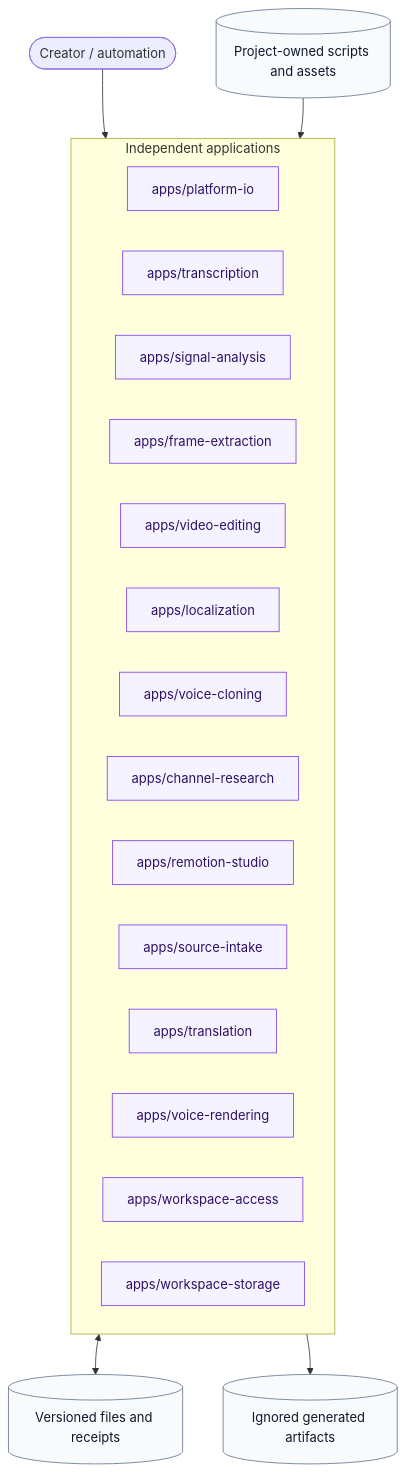
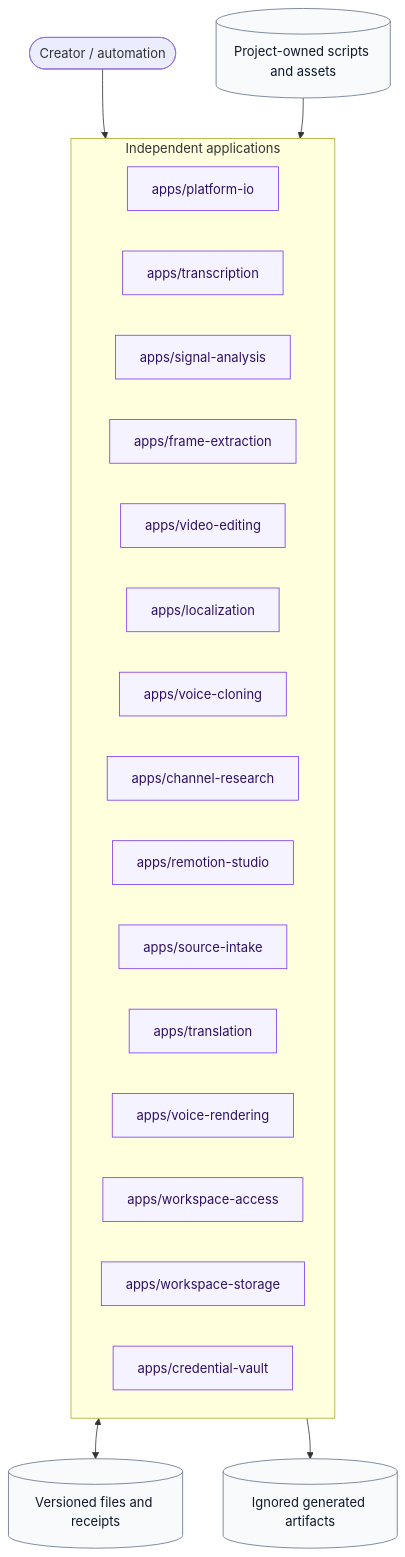
One commit to wohuishuo/cc-video-pipeline changed the second of 2 diagrams in README.md. Above: the diagram before and after it, drawn with Mermaid. The commit also changed other lines of this file and 31 other files, not shown here.

Commit message:
feat: add local credential vault MVP

````diff
--- a/README.md
+++ b/README.md
@@ -76,33 +78,34 @@
 ```mermaid
 flowchart TB
     user([Creator / automation])
     subgraph apps[Independent applications]
       A[apps/platform-io]
       B[apps/transcription]
       C[apps/signal-analysis]
       D[apps/frame-extraction]
       E[apps/video-editing]
       F[apps/localization]
       G[apps/voice-cloning]
       H[apps/channel-research]
       I[apps/remotion-studio]
       J[apps/source-intake]
       K[apps/translation]
       L[apps/voice-rendering]
       M[apps/workspace-access]
       N[apps/workspace-storage]
+      O[apps/credential-vault]
     end
     contracts[(Versioned files and receipts)]
     projects[(Project-owned scripts and assets)]
     outputs[(Ignored generated artifacts)]
 
     user --> apps
     apps <--> contracts
     projects --> apps
     apps --> outputs
 
     classDef boundary fill:#f5f3ff,stroke:#7c3aed,color:#2e1065;
     classDef data fill:#f8fafc,stroke:#64748b,color:#0f172a;
-    class A,B,C,D,E,F,G,H,I,J,K,L,M,N boundary;
+    class A,B,C,D,E,F,G,H,I,J,K,L,M,N,O boundary;
     class contracts,projects,outputs data;
 ```
````
